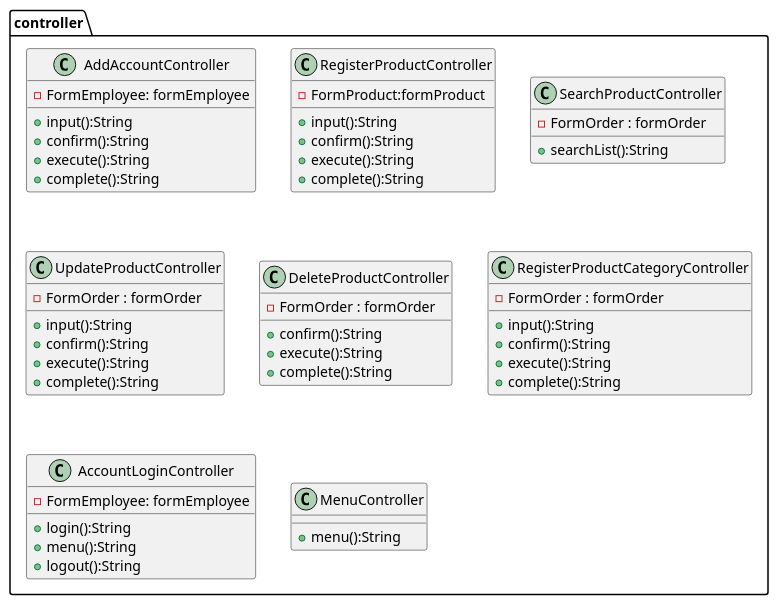
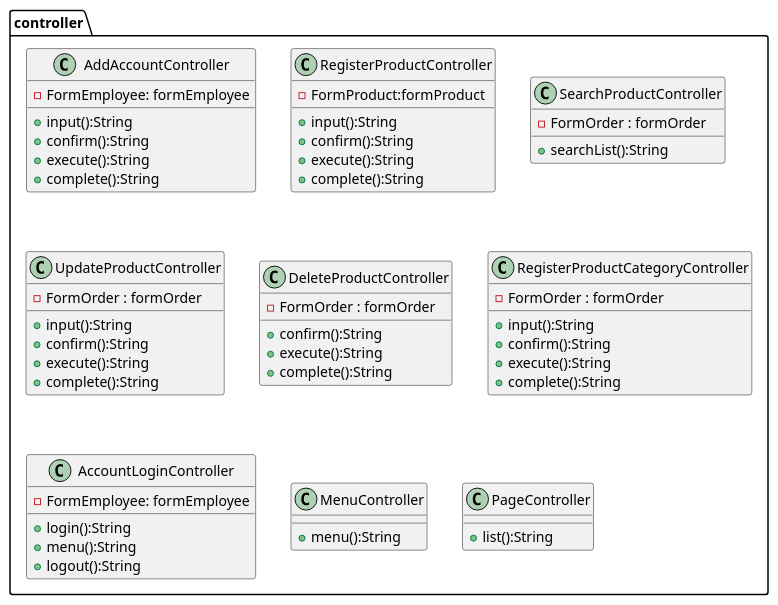
One commit to kanavii3333/ec-b changed the diagram in plan/uml/class/controller.plantuml. Above: the diagram before and after it, drawn with PlantUML. The commit also changed 1 other file, not shown here.

Commit message:
controller.repository plantuml

```diff
--- a/plan/uml/class/controller.plantuml
+++ b/plan/uml/class/controller.plantuml
@@ -1,54 +1,60 @@
 package controller{
     class AddAccountController{
         -FormEmployee: formEmployee
         + input():String
         + confirm():String
         + execute():String
     	+ complete():String
         
     }
     class RegisterProductController{
     	- FormProduct:formProduct
         + input():String
         + confirm():String
         + execute():String
     	+ complete():String
     }
     class SearchProductController{
     	- FormOrder : formOrder
     	+ searchList():String
     	
       
         
     }
     class UpdateProductController{
         - FormOrder : formOrder
      	+ input():String
         + confirm():String
         + execute():String
     	+ complete():String
         
     }
     class DeleteProductController{
     	- FormOrder : formOrder
         + confirm():String
         + execute():String
     	+ complete():String
     }
     class RegisterProductCategoryController{
         - FormOrder : formOrder
         + input():String
         + confirm():String
         + execute():String
     	+ complete():String
     }
     class AccountLoginController{
         -FormEmployee: formEmployee
         + login():String
         + menu():String
         + logout():String
     }
     class MenuController{
         + menu():String
     
 }
+
+    class PageController{
+     	+ list():String
+    }
+
+}
```
